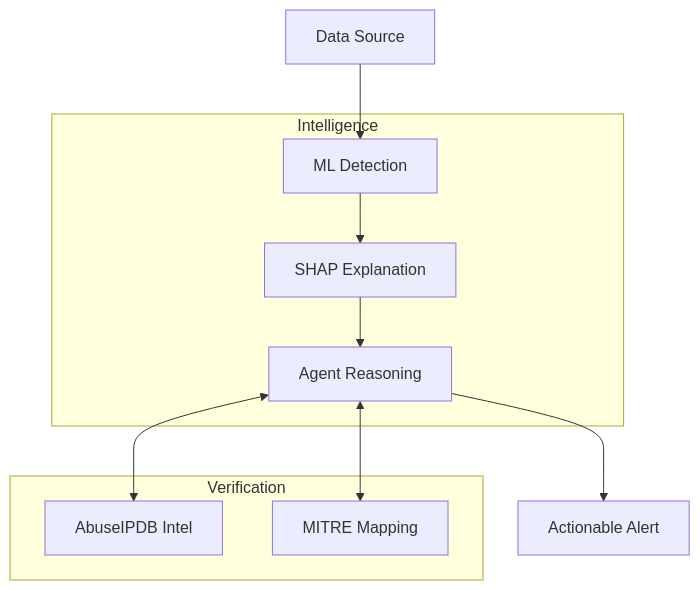
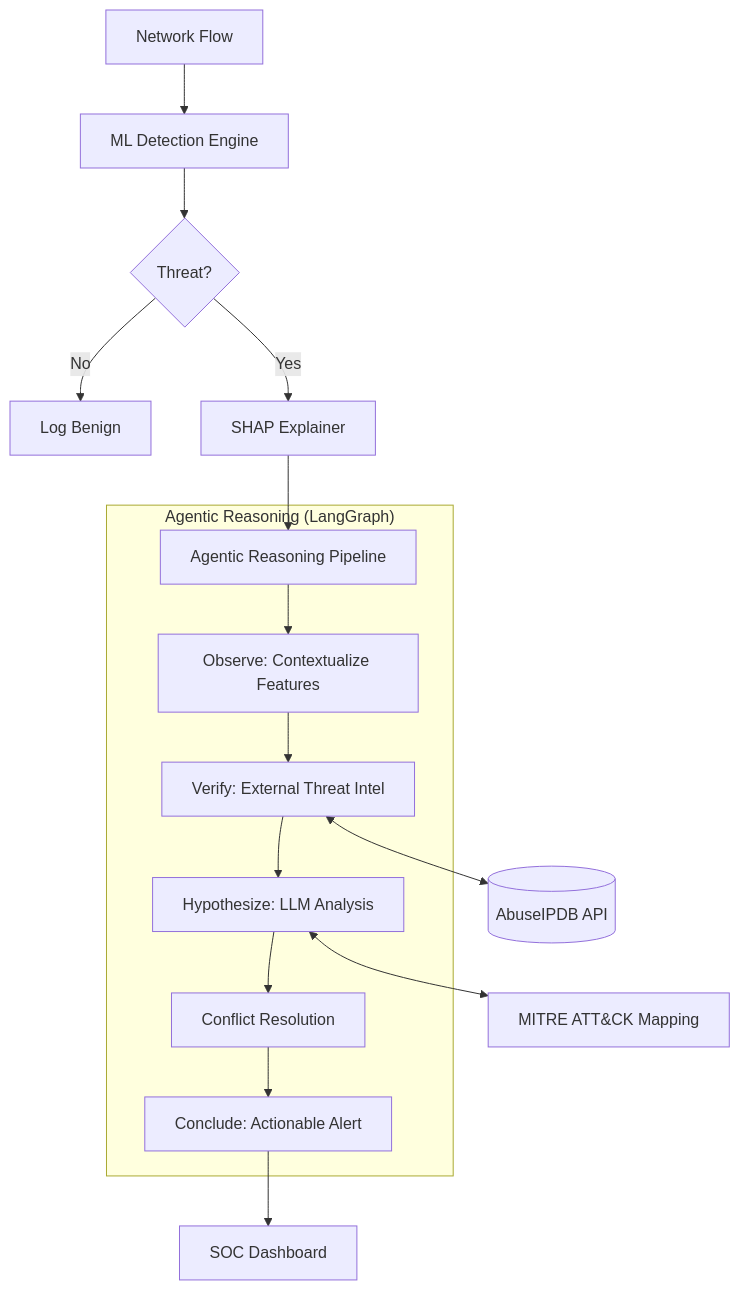
Before and after one commit to omerfarooq223/shap-agentic-ids: the diagram in README.md, drawn with Mermaid. The commit also changed other lines of this file and 11 other files, not shown here.

Commit message:
docs: finalized professional SOC documentation and staged core intelligence scripts

````diff
--- a/README.md
+++ b/README.md
@@ -40,13 +23,20 @@
 ```mermaid
 flowchart TD
-    A[Data Source] --> B[ML Detection]
-    subgraph Intelligence
-        B --> C[SHAP Explanation]
-        C --> D[Agent Reasoning]
+    A[Network Flow] --> B[ML Detection Engine]
+    B --> C{Threat?}
+    C -- No --> D[Log Benign]
+    C -- Yes --> E[SHAP Explainer]
+    E --> F[Agentic Reasoning Pipeline]
+    
+    subgraph "Agentic Reasoning (LangGraph)"
+        F --> G[Observe: Contextualize Features]
+        G --> H[Verify: External Threat Intel]
+        H --> I[Hypothesize: LLM Analysis]
+        I --> J[Conflict Resolution]
+        J --> K[Conclude: Actionable Alert]
     end
-    subgraph Verification
-        D <--> E[AbuseIPDB Intel]
-        D <--> F[MITRE Mapping]
-    end
-    D --> G[Actionable Alert]
+    
+    K --> L[SOC Dashboard]
+    H <--> M[(AbuseIPDB API)]
+    I <--> N[MITRE ATT&CK Mapping]
 ```
````
